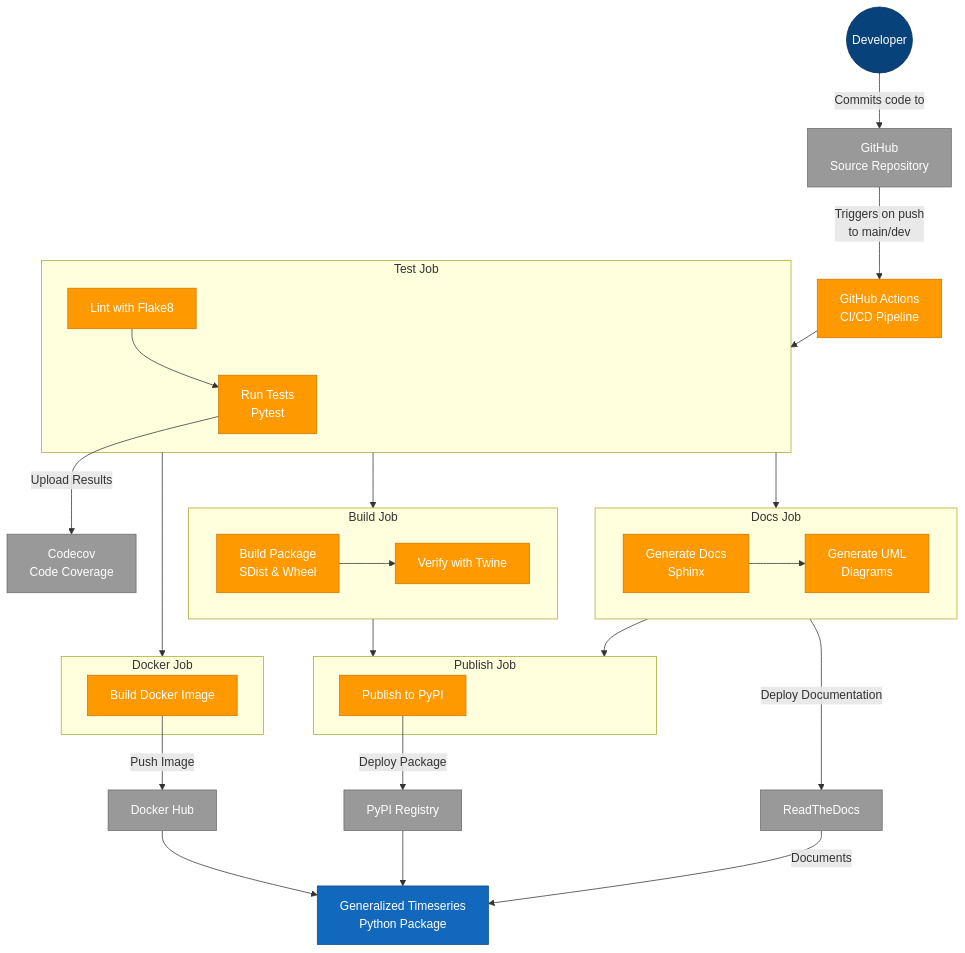
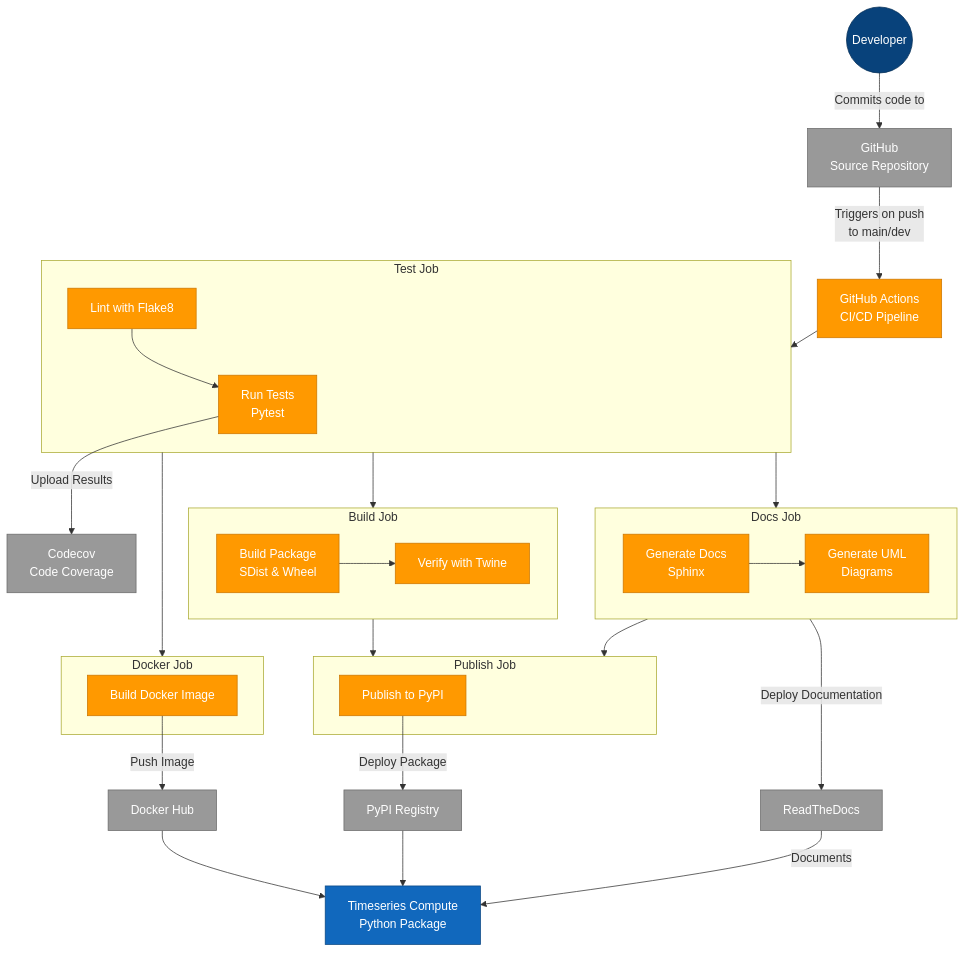
Before and after one commit to garthmortensen/timeseries-compute: the sixth of 6 diagrams in README.md, drawn with Mermaid. The commit also changed other lines of this file and 25 other files, not shown here.

Commit message:
Rename: Rename to Timeseries Compute

````diff
--- a/README.md
+++ b/README.md
@@ -438,7 +438,7 @@
     Developer((Developer)):::person
     
     %% Main Systems
-    GeneralizedTimeseries["Generalized Timeseries\nPython Package"]:::system
+    TimeseriesCompute["Timeseries Compute\nPython Package"]:::system
     
     %% Source Control
     GitHub["GitHub\nSource Repository"]:::external
@@ -505,7 +505,7 @@
     PublishPyPI -- "Deploy Package" --> PyPI
     
     %% Final Products
-    PyPI --> GeneralizedTimeseries
-    DockerHub --> GeneralizedTimeseries
-    ReadTheDocs -- "Documents" --> GeneralizedTimeseries
+    PyPI --> TimeseriesCompute
+    DockerHub --> TimeseriesCompute
+    ReadTheDocs -- "Documents" --> TimeseriesCompute
 ```
````
